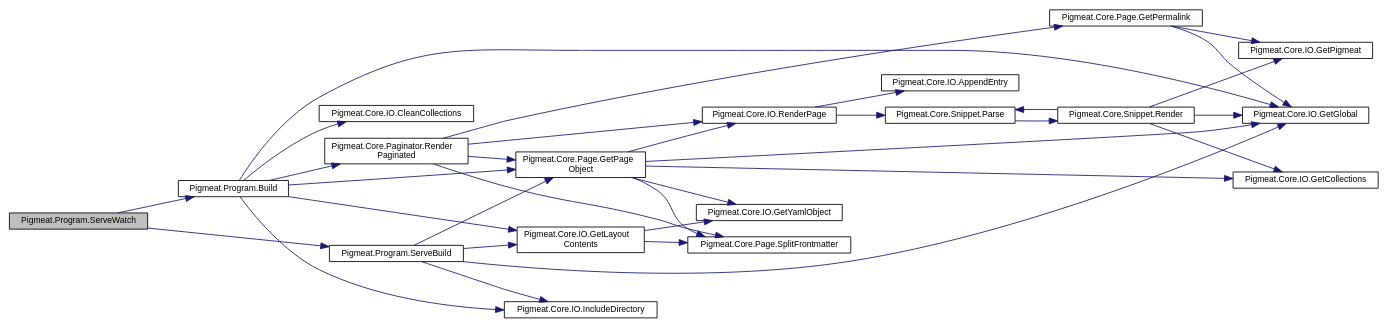
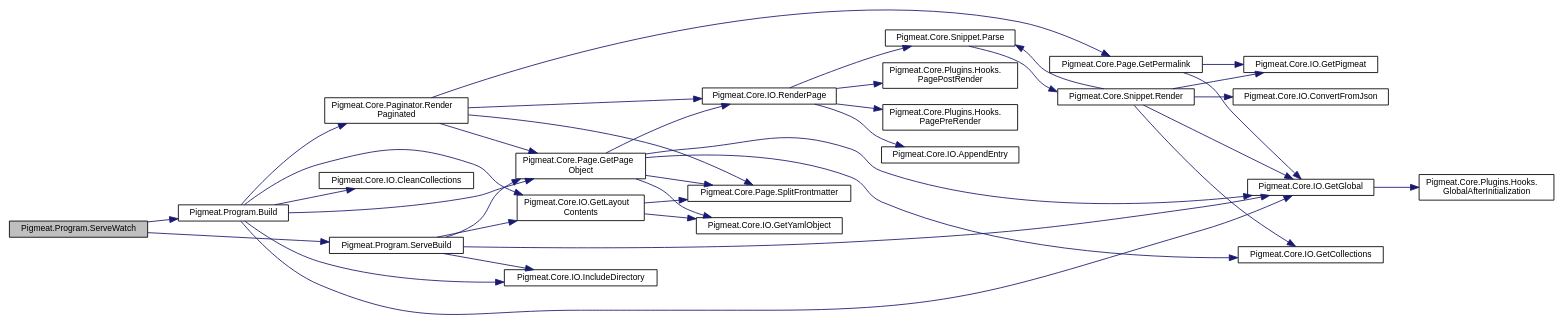
The diagram in class_pigmeat_1_1_program_a7fbef86d893429923099420b3748b826_cgraph.dot (milovidov983/Pigmeat), drawn with Graphviz before and after one commit. The commit also changed 196 other files, not shown here.

```diff
--- a/class_pigmeat_1_1_program_a7fbef86d893429923099420b3748b826_cgraph.dot
+++ b/class_pigmeat_1_1_program_a7fbef86d893429923099420b3748b826_cgraph.dot
@@ -3,54 +3,62 @@
   edge [fontname="Helvetica",fontsize="10",labelfontname="Helvetica",labelfontsize="10"];
   node [fontname="Helvetica",fontsize="10",shape=record];
   rankdir="LR";
-  Node124 [label="Pigmeat.Program.ServeWatch",height=0.2,width=0.4,color="black", fillcolor="grey75", style="filled", fontcolor="black"];
-  Node124 -> Node125 [color="midnightblue",fontsize="10",style="solid",fontname="Helvetica"];
-  Node125 [label="Pigmeat.Program.Build",height=0.2,width=0.4,color="black", fillcolor="white", style="filled",URL="$class_pigmeat_1_1_program.html#a878beaee804aea5645618e59b1a6d250",tooltip="The standard Pigmeat build process "];
-  Node125 -> Node126 [color="midnightblue",fontsize="10",style="solid",fontname="Helvetica"];
-  Node126 [label="Pigmeat.Core.IO.GetGlobal",height=0.2,width=0.4,color="black", fillcolor="white", style="filled",URL="$class_pigmeat_1_1_core_1_1_i_o.html#a8f84ec34a489ed4c83089b16308ddc7f",tooltip="Get file representing project&#39;s Global context "];
-  Node125 -> Node127 [color="midnightblue",fontsize="10",style="solid",fontname="Helvetica"];
-  Node127 [label="Pigmeat.Core.IO.GetLayout\lContents",height=0.2,width=0.4,color="black", fillcolor="white", style="filled",URL="$class_pigmeat_1_1_core_1_1_i_o.html#ae9cd73892daa23bdf19c9a229fe62b7b",tooltip="Get the contents of Layouts recursively "];
-  Node127 -> Node128 [color="midnightblue",fontsize="10",style="solid",fontname="Helvetica"];
-  Node128 [label="Pigmeat.Core.Page.SplitFrontmatter",height=0.2,width=0.4,color="black", fillcolor="white", style="filled",URL="$class_pigmeat_1_1_core_1_1_page.html#adeeba3432008a2b7718ad52c2e0ae058",tooltip="Gets the YAML of the frontmatter for a given page "];
-  Node127 -> Node129 [color="midnightblue",fontsize="10",style="solid",fontname="Helvetica"];
-  Node129 [label="Pigmeat.Core.IO.GetYamlObject",height=0.2,width=0.4,color="black", fillcolor="white", style="filled",URL="$class_pigmeat_1_1_core_1_1_i_o.html#a65785eb7263115da1c592b06597727f5",tooltip="Convert YAML data into JObject "];
-  Node125 -> Node130 [color="midnightblue",fontsize="10",style="solid",fontname="Helvetica"];
-  Node130 [label="Pigmeat.Core.Page.GetPage\lObject",height=0.2,width=0.4,color="black", fillcolor="white", style="filled",URL="$class_pigmeat_1_1_core_1_1_page.html#a3a2dee942bb7b2f763ce5d1caba4163d",tooltip="Parses a given page into a JObject "];
-  Node130 -> Node128 [color="midnightblue",fontsize="10",style="solid",fontname="Helvetica"];
-  Node130 -> Node129 [color="midnightblue",fontsize="10",style="solid",fontname="Helvetica"];
-  Node130 -> Node126 [color="midnightblue",fontsize="10",style="solid",fontname="Helvetica"];
-  Node130 -> Node131 [color="midnightblue",fontsize="10",style="solid",fontname="Helvetica"];
-  Node131 [label="Pigmeat.Core.IO.GetCollections",height=0.2,width=0.4,color="black", fillcolor="white", style="filled",URL="$class_pigmeat_1_1_core_1_1_i_o.html#a95f27be3fb9f5fd7e668f903c4e1cfb4",tooltip="Create a JObject to merge with the Global context containing each collection&#39;s collection.json data "];
-  Node130 -> Node132 [color="midnightblue",fontsize="10",style="solid",fontname="Helvetica"];
-  Node132 [label="Pigmeat.Core.IO.RenderPage",height=0.2,width=0.4,color="black", fillcolor="white", style="filled",URL="$class_pigmeat_1_1_core_1_1_i_o.html#a60f49d31957620c308423cad19dbf5f6",tooltip="Take layout, place Markdig-parsed content in layout, evaluate includes, render with Scriban ..."];
-  Node132 -> Node133 [color="midnightblue",fontsize="10",style="solid",fontname="Helvetica"];
-  Node133 [label="Pigmeat.Core.Snippet.Parse",height=0.2,width=0.4,color="black", fillcolor="white", style="filled",URL="$class_pigmeat_1_1_core_1_1_snippet.html#a54ea5e1d3a8cd6308a1b1c9f01457146",tooltip="Parses through each {! snippet !} call in a page and evaluates them "];
-  Node133 -> Node134 [color="midnightblue",fontsize="10",style="solid",fontname="Helvetica"];
-  Node134 [label="Pigmeat.Core.Snippet.Render",height=0.2,width=0.4,color="black", fillcolor="white", style="filled",URL="$class_pigmeat_1_1_core_1_1_snippet.html#ac3dd182d3699b9997372e1baa768de2b",tooltip="Renders Snippets "];
-  Node134 -> Node126 [color="midnightblue",fontsize="10",style="solid",fontname="Helvetica"];
-  Node134 -> Node131 [color="midnightblue",fontsize="10",style="solid",fontname="Helvetica"];
-  Node134 -> Node135 [color="midnightblue",fontsize="10",style="solid",fontname="Helvetica"];
-  Node135 [label="Pigmeat.Core.IO.GetPigmeat",height=0.2,width=0.4,color="black", fillcolor="white", style="filled",URL="$class_pigmeat_1_1_core_1_1_i_o.html#ab52a010415630b7063180fd58759eab3",tooltip="Get JObject representing project&#39;s Pigmeat context "];
-  Node134 -> Node133 [color="midnightblue",fontsize="10",style="solid",fontname="Helvetica"];
-  Node132 -> Node136 [color="midnightblue",fontsize="10",style="solid",fontname="Helvetica"];
-  Node136 [label="Pigmeat.Core.IO.AppendEntry",height=0.2,width=0.4,color="black", fillcolor="white", style="filled",URL="$class_pigmeat_1_1_core_1_1_i_o.html#a513be40f796bdadd8f6eb31f2446716a",tooltip="Adds JObject representations of pages in a collection to the collection&#39;s entries field in its collec..."];
-  Node125 -> Node137 [color="midnightblue",fontsize="10",style="solid",fontname="Helvetica"];
-  Node137 [label="Pigmeat.Core.Paginator.Render\lPaginated",height=0.2,width=0.4,color="black", fillcolor="white", style="filled",URL="$class_pigmeat_1_1_core_1_1_paginator.html#a38c0bfdf8bfe439eb2a3e58a638c823a",tooltip="Outputs a paginated version of a page (requires {{ page.paginate }} and {{ page.collection }}) ..."];
-  Node137 -> Node130 [color="midnightblue",fontsize="10",style="solid",fontname="Helvetica"];
-  Node137 -> Node128 [color="midnightblue",fontsize="10",style="solid",fontname="Helvetica"];
-  Node137 -> Node138 [color="midnightblue",fontsize="10",style="solid",fontname="Helvetica"];
-  Node138 [label="Pigmeat.Core.Page.GetPermalink",height=0.2,width=0.4,color="black", fillcolor="white", style="filled",URL="$class_pigmeat_1_1_core_1_1_page.html#a22b69a07b899c8d9825fb388357ce3b7",tooltip="Parses the permalink using given metadata to generate an output path "];
-  Node138 -> Node126 [color="midnightblue",fontsize="10",style="solid",fontname="Helvetica"];
-  Node138 -> Node135 [color="midnightblue",fontsize="10",style="solid",fontname="Helvetica"];
-  Node137 -> Node132 [color="midnightblue",fontsize="10",style="solid",fontname="Helvetica"];
-  Node125 -> Node139 [color="midnightblue",fontsize="10",style="solid",fontname="Helvetica"];
-  Node139 [label="Pigmeat.Core.IO.IncludeDirectory",height=0.2,width=0.4,color="black", fillcolor="white", style="filled",URL="$class_pigmeat_1_1_core_1_1_i_o.html#ab8a3a50a1c1ae3b1183e298846b77abd",tooltip="Copy a directory recursively, for if in {{{ global.include }}} "];
-  Node125 -> Node140 [color="midnightblue",fontsize="10",style="solid",fontname="Helvetica"];
-  Node140 [label="Pigmeat.Core.IO.CleanCollections",height=0.2,width=0.4,color="black", fillcolor="white", style="filled",URL="$class_pigmeat_1_1_core_1_1_i_o.html#a0c35ca471821347e16cd0d36a4af6c2f",tooltip="Clean out the entries field in every collection.json file "];
-  Node124 -> Node141 [color="midnightblue",fontsize="10",style="solid",fontname="Helvetica"];
-  Node141 [label="Pigmeat.Program.ServeBuild",height=0.2,width=0.4,color="black", fillcolor="white", style="filled",URL="$class_pigmeat_1_1_program.html#a196f0e133927e9c381295c4915ebdfb2",tooltip="Rebuild changed files (final component of the serve command) "];
-  Node141 -> Node126 [color="midnightblue",fontsize="10",style="solid",fontname="Helvetica"];
-  Node141 -> Node127 [color="midnightblue",fontsize="10",style="solid",fontname="Helvetica"];
-  Node141 -> Node130 [color="midnightblue",fontsize="10",style="solid",fontname="Helvetica"];
-  Node141 -> Node139 [color="midnightblue",fontsize="10",style="solid",fontname="Helvetica"];
+  Node146 [label="Pigmeat.Program.ServeWatch",height=0.2,width=0.4,color="black", fillcolor="grey75", style="filled", fontcolor="black"];
+  Node146 -> Node147 [color="midnightblue",fontsize="10",style="solid",fontname="Helvetica"];
+  Node147 [label="Pigmeat.Program.Build",height=0.2,width=0.4,color="black", fillcolor="white", style="filled",URL="$class_pigmeat_1_1_program.html#a878beaee804aea5645618e59b1a6d250",tooltip="The standard Pigmeat build process "];
+  Node147 -> Node148 [color="midnightblue",fontsize="10",style="solid",fontname="Helvetica"];
+  Node148 [label="Pigmeat.Core.IO.GetGlobal",height=0.2,width=0.4,color="black", fillcolor="white", style="filled",URL="$class_pigmeat_1_1_core_1_1_i_o.html#a8f84ec34a489ed4c83089b16308ddc7f",tooltip="Get file representing project&#39;s Global context "];
+  Node148 -> Node149 [color="midnightblue",fontsize="10",style="solid",fontname="Helvetica"];
+  Node149 [label="Pigmeat.Core.Plugins.Hooks.\lGlobalAfterInitialization",height=0.2,width=0.4,color="black", fillcolor="white", style="filled",URL="$class_pigmeat_1_1_core_1_1_plugins_1_1_hooks.html#ab2e3f7c36307a442db4ad8da510d2ee0",tooltip="Immediately after getting the global context"];
+  Node147 -> Node150 [color="midnightblue",fontsize="10",style="solid",fontname="Helvetica"];
+  Node150 [label="Pigmeat.Core.IO.GetLayout\lContents",height=0.2,width=0.4,color="black", fillcolor="white", style="filled",URL="$class_pigmeat_1_1_core_1_1_i_o.html#ae9cd73892daa23bdf19c9a229fe62b7b",tooltip="Get the contents of Layouts recursively "];
+  Node150 -> Node151 [color="midnightblue",fontsize="10",style="solid",fontname="Helvetica"];
+  Node151 [label="Pigmeat.Core.Page.SplitFrontmatter",height=0.2,width=0.4,color="black", fillcolor="white", style="filled",URL="$class_pigmeat_1_1_core_1_1_page.html#adeeba3432008a2b7718ad52c2e0ae058",tooltip="Gets the YAML of the frontmatter for a given page "];
+  Node150 -> Node152 [color="midnightblue",fontsize="10",style="solid",fontname="Helvetica"];
+  Node152 [label="Pigmeat.Core.IO.GetYamlObject",height=0.2,width=0.4,color="black", fillcolor="white", style="filled",URL="$class_pigmeat_1_1_core_1_1_i_o.html#a65785eb7263115da1c592b06597727f5",tooltip="Convert YAML data into JObject "];
+  Node147 -> Node153 [color="midnightblue",fontsize="10",style="solid",fontname="Helvetica"];
+  Node153 [label="Pigmeat.Core.Page.GetPage\lObject",height=0.2,width=0.4,color="black", fillcolor="white", style="filled",URL="$class_pigmeat_1_1_core_1_1_page.html#a3a2dee942bb7b2f763ce5d1caba4163d",tooltip="Parses a given page into a JObject "];
+  Node153 -> Node151 [color="midnightblue",fontsize="10",style="solid",fontname="Helvetica"];
+  Node153 -> Node152 [color="midnightblue",fontsize="10",style="solid",fontname="Helvetica"];
+  Node153 -> Node148 [color="midnightblue",fontsize="10",style="solid",fontname="Helvetica"];
+  Node153 -> Node154 [color="midnightblue",fontsize="10",style="solid",fontname="Helvetica"];
+  Node154 [label="Pigmeat.Core.IO.GetCollections",height=0.2,width=0.4,color="black", fillcolor="white", style="filled",URL="$class_pigmeat_1_1_core_1_1_i_o.html#a95f27be3fb9f5fd7e668f903c4e1cfb4",tooltip="Create a JObject to merge with the Global context containing each collection&#39;s collection.json data "];
+  Node153 -> Node155 [color="midnightblue",fontsize="10",style="solid",fontname="Helvetica"];
+  Node155 [label="Pigmeat.Core.IO.RenderPage",height=0.2,width=0.4,color="black", fillcolor="white", style="filled",URL="$class_pigmeat_1_1_core_1_1_i_o.html#a60f49d31957620c308423cad19dbf5f6",tooltip="Take layout, place Markdig-parsed content in layout, evaluate includes, render with Scriban ..."];
+  Node155 -> Node156 [color="midnightblue",fontsize="10",style="solid",fontname="Helvetica"];
+  Node156 [label="Pigmeat.Core.Plugins.Hooks.\lPagePreRender",height=0.2,width=0.4,color="black", fillcolor="white", style="filled",URL="$class_pigmeat_1_1_core_1_1_plugins_1_1_hooks.html#a30ab361c94c635258dbd8ed9b42b1327",tooltip="Just before rendering a page"];
+  Node155 -> Node157 [color="midnightblue",fontsize="10",style="solid",fontname="Helvetica"];
+  Node157 [label="Pigmeat.Core.Snippet.Parse",height=0.2,width=0.4,color="black", fillcolor="white", style="filled",URL="$class_pigmeat_1_1_core_1_1_snippet.html#a54ea5e1d3a8cd6308a1b1c9f01457146",tooltip="Parses through each {! snippet !} call in a page and evaluates them "];
+  Node157 -> Node158 [color="midnightblue",fontsize="10",style="solid",fontname="Helvetica"];
+  Node158 [label="Pigmeat.Core.Snippet.Render",height=0.2,width=0.4,color="black", fillcolor="white", style="filled",URL="$class_pigmeat_1_1_core_1_1_snippet.html#ac3dd182d3699b9997372e1baa768de2b",tooltip="Renders Snippets "];
+  Node158 -> Node148 [color="midnightblue",fontsize="10",style="solid",fontname="Helvetica"];
+  Node158 -> Node154 [color="midnightblue",fontsize="10",style="solid",fontname="Helvetica"];
+  Node158 -> Node159 [color="midnightblue",fontsize="10",style="solid",fontname="Helvetica"];
+  Node159 [label="Pigmeat.Core.IO.ConvertFromJson",height=0.2,width=0.4,color="black", fillcolor="white", style="filled",URL="$class_pigmeat_1_1_core_1_1_i_o.html#a821d02a0d3f636011b2dc0f8e8703e18",tooltip="Convert JObject to Scriban objects "];
+  Node158 -> Node160 [color="midnightblue",fontsize="10",style="solid",fontname="Helvetica"];
+  Node160 [label="Pigmeat.Core.IO.GetPigmeat",height=0.2,width=0.4,color="black", fillcolor="white", style="filled",URL="$class_pigmeat_1_1_core_1_1_i_o.html#ab52a010415630b7063180fd58759eab3",tooltip="Get JObject representing project&#39;s Pigmeat context "];
+  Node158 -> Node157 [color="midnightblue",fontsize="10",style="solid",fontname="Helvetica"];
+  Node155 -> Node161 [color="midnightblue",fontsize="10",style="solid",fontname="Helvetica"];
+  Node161 [label="Pigmeat.Core.IO.AppendEntry",height=0.2,width=0.4,color="black", fillcolor="white", style="filled",URL="$class_pigmeat_1_1_core_1_1_i_o.html#a513be40f796bdadd8f6eb31f2446716a",tooltip="Adds JObject representations of pages in a collection to the collection&#39;s entries field in its collec..."];
+  Node155 -> Node162 [color="midnightblue",fontsize="10",style="solid",fontname="Helvetica"];
+  Node162 [label="Pigmeat.Core.Plugins.Hooks.\lPagePostRender",height=0.2,width=0.4,color="black", fillcolor="white", style="filled",URL="$class_pigmeat_1_1_core_1_1_plugins_1_1_hooks.html#a6e5e78f601dbc7245682031d2ad378fa",tooltip="After rendering a page, but before writing it to disk"];
+  Node147 -> Node163 [color="midnightblue",fontsize="10",style="solid",fontname="Helvetica"];
+  Node163 [label="Pigmeat.Core.Paginator.Render\lPaginated",height=0.2,width=0.4,color="black", fillcolor="white", style="filled",URL="$class_pigmeat_1_1_core_1_1_paginator.html#a38c0bfdf8bfe439eb2a3e58a638c823a",tooltip="Outputs a paginated version of a page (requires {{ page.paginate }} and {{ page.collection }}) ..."];
+  Node163 -> Node153 [color="midnightblue",fontsize="10",style="solid",fontname="Helvetica"];
+  Node163 -> Node151 [color="midnightblue",fontsize="10",style="solid",fontname="Helvetica"];
+  Node163 -> Node164 [color="midnightblue",fontsize="10",style="solid",fontname="Helvetica"];
+  Node164 [label="Pigmeat.Core.Page.GetPermalink",height=0.2,width=0.4,color="black", fillcolor="white", style="filled",URL="$class_pigmeat_1_1_core_1_1_page.html#a22b69a07b899c8d9825fb388357ce3b7",tooltip="Parses the permalink using given metadata to generate an output path "];
+  Node164 -> Node148 [color="midnightblue",fontsize="10",style="solid",fontname="Helvetica"];
+  Node164 -> Node160 [color="midnightblue",fontsize="10",style="solid",fontname="Helvetica"];
+  Node163 -> Node155 [color="midnightblue",fontsize="10",style="solid",fontname="Helvetica"];
+  Node147 -> Node165 [color="midnightblue",fontsize="10",style="solid",fontname="Helvetica"];
+  Node165 [label="Pigmeat.Core.IO.IncludeDirectory",height=0.2,width=0.4,color="black", fillcolor="white", style="filled",URL="$class_pigmeat_1_1_core_1_1_i_o.html#ab8a3a50a1c1ae3b1183e298846b77abd",tooltip="Copy a directory recursively, for if in {{{ global.include }}} "];
+  Node147 -> Node166 [color="midnightblue",fontsize="10",style="solid",fontname="Helvetica"];
+  Node166 [label="Pigmeat.Core.IO.CleanCollections",height=0.2,width=0.4,color="black", fillcolor="white", style="filled",URL="$class_pigmeat_1_1_core_1_1_i_o.html#a0c35ca471821347e16cd0d36a4af6c2f",tooltip="Clean out the entries field in every collection.json file "];
+  Node146 -> Node167 [color="midnightblue",fontsize="10",style="solid",fontname="Helvetica"];
+  Node167 [label="Pigmeat.Program.ServeBuild",height=0.2,width=0.4,color="black", fillcolor="white", style="filled",URL="$class_pigmeat_1_1_program.html#a196f0e133927e9c381295c4915ebdfb2",tooltip="Rebuild changed files (final component of the serve command) "];
+  Node167 -> Node148 [color="midnightblue",fontsize="10",style="solid",fontname="Helvetica"];
+  Node167 -> Node150 [color="midnightblue",fontsize="10",style="solid",fontname="Helvetica"];
+  Node167 -> Node153 [color="midnightblue",fontsize="10",style="solid",fontname="Helvetica"];
+  Node167 -> Node165 [color="midnightblue",fontsize="10",style="solid",fontname="Helvetica"];
 }
```
